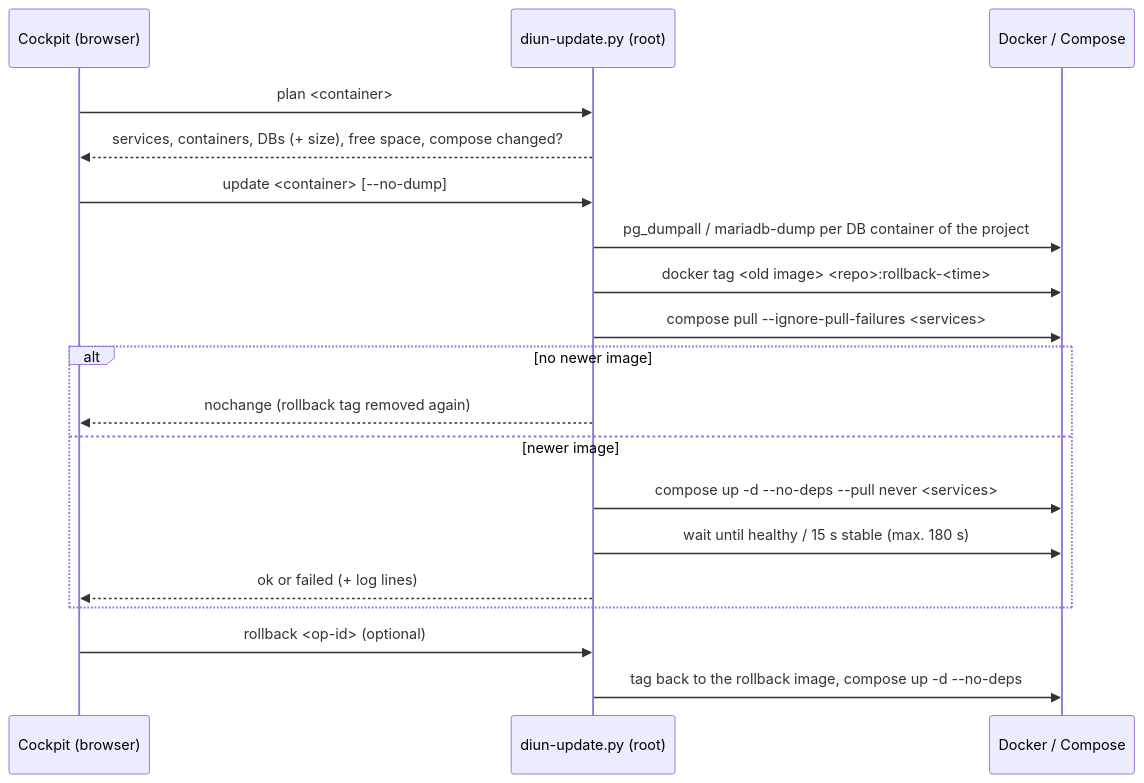
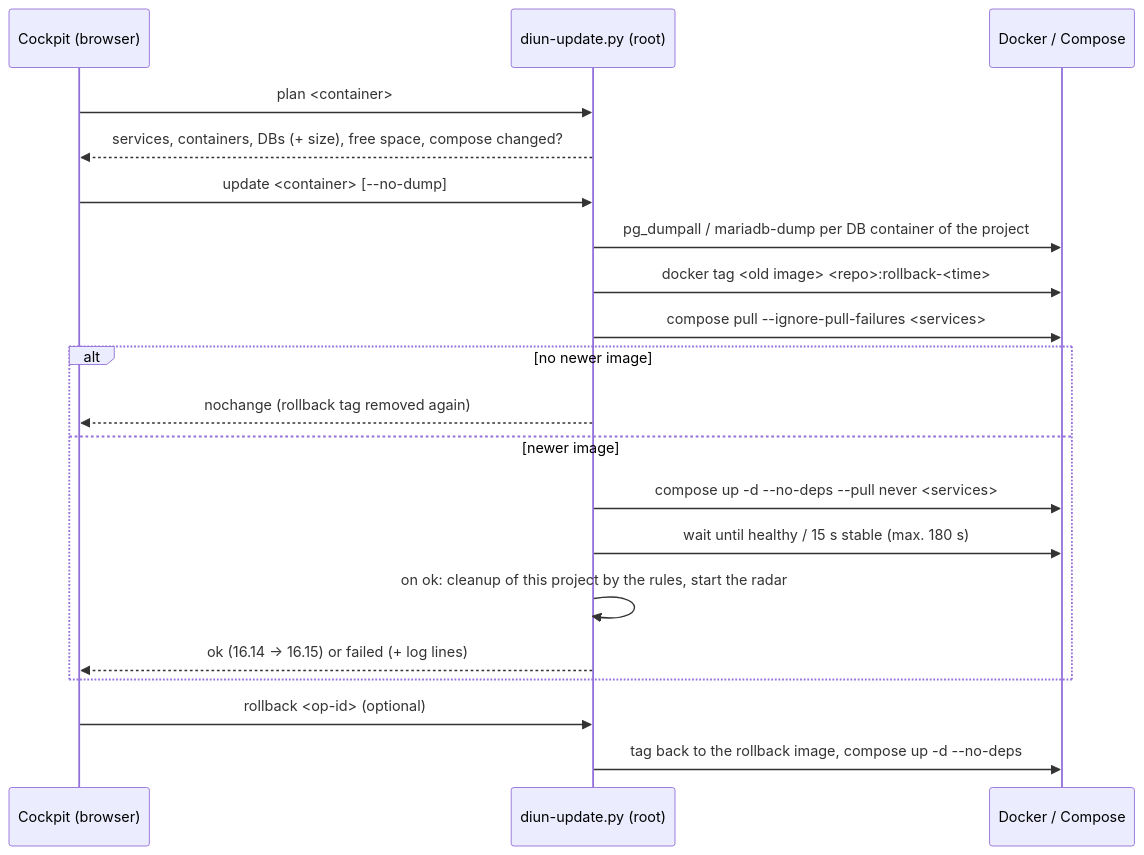
Before and after one commit to Azentrius/cockpit-image-update-monitor: the first of 2 diagrams in README.md, drawn with Mermaid. The commit also changed other lines of this file and 29 other files, not shown here.

First line of the commit message:
Polish stage 1.1: cleanup rules, radar runs, versions in the history (#10)

````diff
--- a/README.md
+++ b/README.md
@@ -132,21 +135,22 @@
 ```mermaid
 sequenceDiagram
     participant U as Cockpit (browser)
     participant H as diun-update.py (root)
     participant D as Docker / Compose
     U->>H: plan <container>
     H-->>U: services, containers, DBs (+ size), free space, compose changed?
     U->>H: update <container> [--no-dump]
     H->>D: pg_dumpall / mariadb-dump per DB container of the project
     H->>D: docker tag <old image> <repo>:rollback-<time>
     H->>D: compose pull --ignore-pull-failures <services>
     alt no newer image
         H-->>U: nochange (rollback tag removed again)
     else newer image
         H->>D: compose up -d --no-deps --pull never <services>
         H->>D: wait until healthy / 15 s stable (max. 180 s)
-        H-->>U: ok or failed (+ log lines)
+        H->>H: on ok: cleanup of this project by the rules, start the radar
+        H-->>U: ok (16.14 → 16.15) or failed (+ log lines)
     end
     U->>H: rollback <op-id> (optional)
     H->>D: tag back to the rollback image, compose up -d --no-deps
 ```
````
